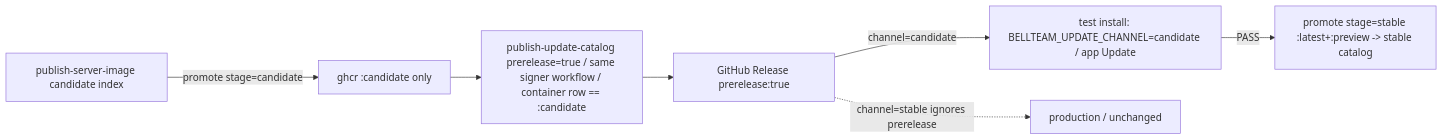
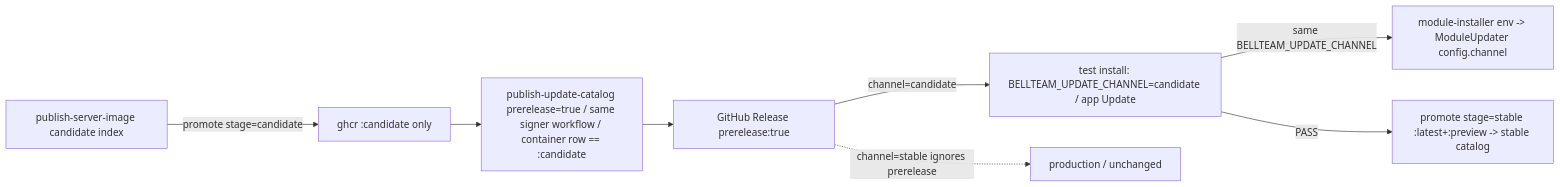
Before and after one commit to kitepon/BellTeam: the first of 7 diagrams in docs/architecture/modules/distribution/update-catalog.md, drawn with Mermaid. The commit also changed other lines of this file and 3 other files, not shown here.

First line of the commit message:
Module installer reads the body's update channel

````diff
--- a/docs/architecture/modules/distribution/update-catalog.md
+++ b/docs/architecture/modules/distribution/update-catalog.md
@@ -7,9 +7,10 @@
 ```mermaid
 flowchart LR
   Image[publish-server-image candidate index] -->|promote stage=candidate| Tag[ghcr :candidate only]
   Tag --> Pre[publish-update-catalog prerelease=true / same signer workflow / container row == :candidate]
   Pre --> GH[GitHub Release prerelease:true]
   GH -->|channel=candidate| Test[test install: BELLTEAM_UPDATE_CHANNEL=candidate / app Update]
   GH -.->|channel=stable ignores prerelease| Prod[production / unchanged]
+  Test -->|same BELLTEAM_UPDATE_CHANNEL| Modules[module-installer env -> ModuleUpdater config.channel]
   Test -->|PASS| Stable[promote stage=stable :latest+:preview -> stable catalog]
 ```
````
